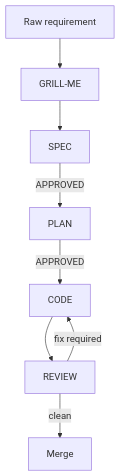
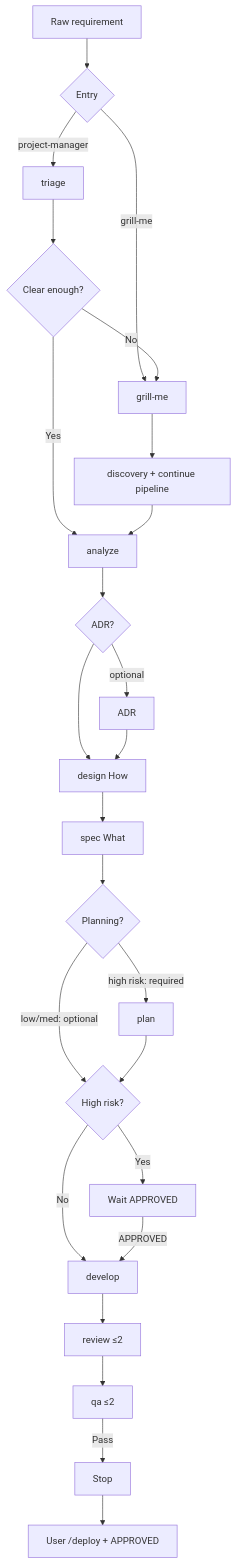
One commit to AI-Deep-Labs/3A-Factory changed the diagram in templates/WORKFLOW.md. Above: the diagram before and after it, drawn with Mermaid. The commit also changed other lines of this file and 49 other files, not shown here.

````diff
--- a/templates/WORKFLOW.md
+++ b/templates/WORKFLOW.md
@@ -4,10 +4,27 @@
 ```mermaid
 flowchart TD
-  R[Raw requirement] --> A[GRILL-ME]
-  A --> S[SPEC]
-  S -->|APPROVED| P[PLAN]
-  P -->|APPROVED| C[CODE]
-  C --> V[REVIEW]
-  V -->|fix required| C
-  V -->|clean| M[Merge]
+  R[Raw requirement] --> E{Entry}
+  E -->|project-manager| I[triage]
+  E -->|grill-me| G[grill-me]
+  I --> V{Clear enough?}
+  V -->|No| G
+  V -->|Yes| A[analyze]
+  G --> D[discovery + continue pipeline]
+  D --> A
+  A --> ADR{ADR?}
+  ADR -->|optional| AD[ADR]
+  ADR --> DES[design How]
+  AD --> DES
+  DES --> S[spec What]
+  S --> P{Planning?}
+  P -->|high risk: required| PL[plan]
+  P -->|low/med: optional| CG{High risk?}
+  PL --> CG
+  CG -->|Yes| AP[Wait APPROVED]
+  CG -->|No| C[develop]
+  AP -->|APPROVED| C
+  C --> Vw[review ≤2]
+  Vw --> Q[qa ≤2]
+  Q -->|Pass| Stop[Stop]
+  Stop --> Dep[User /deploy + APPROVED]
 ```
````
